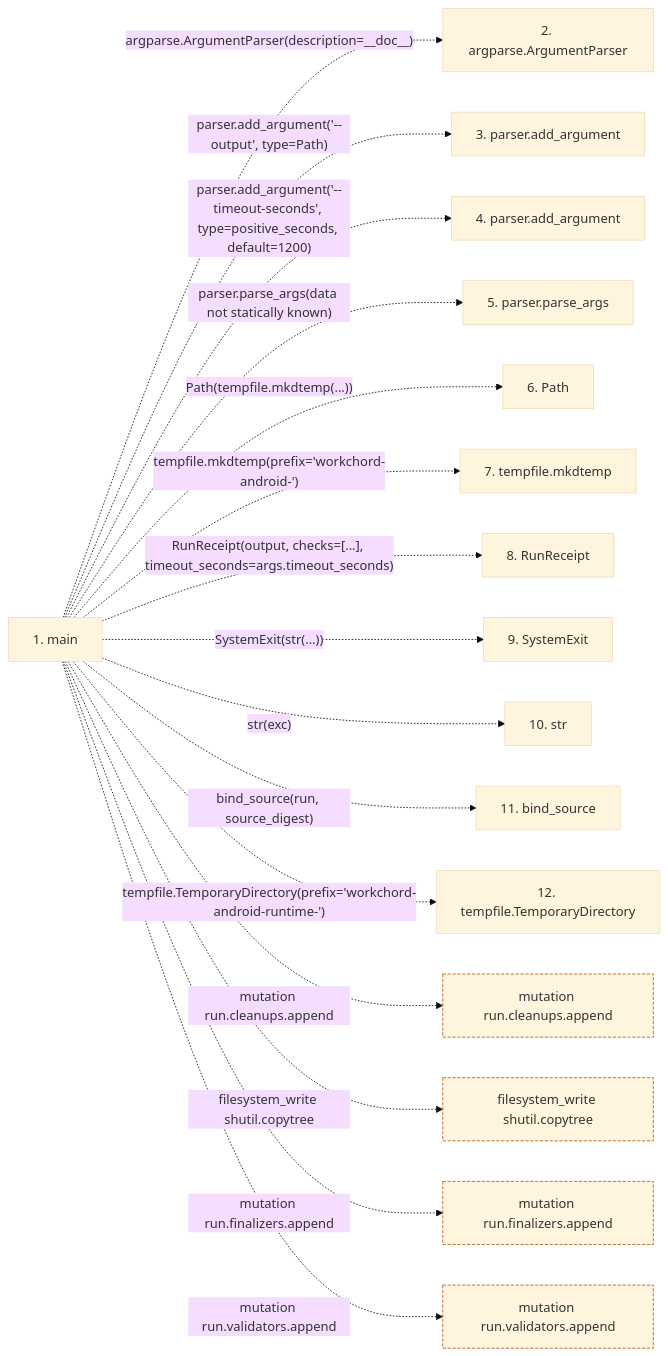
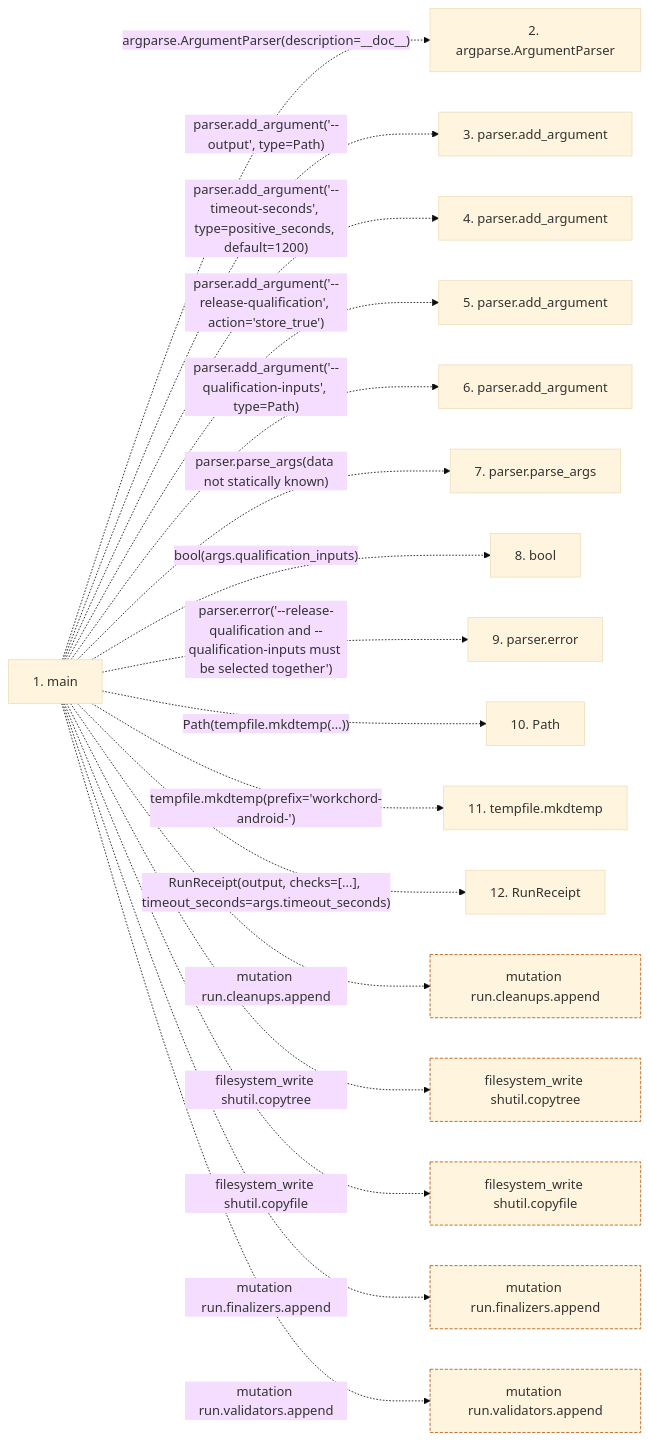
The second of 2 diagrams in docs/llm_wiki/flows/process-run_android_checks.md (Denissvgn/WorkChord), drawn with Mermaid (base theme) before and after one commit. The commit also changed other lines of this file and 10148 other files, not shown here.

````diff
--- a/docs/llm_wiki/flows/process-run_android_checks.md
+++ b/docs/llm_wiki/flows/process-run_android_checks.md
@@ -71,40 +71,43 @@
 ```mermaid
 flowchart LR
     s1["1. main"]
     s2["2. argparse.ArgumentParser"]
     s3["3. parser.add_argument"]
     s4["4. parser.add_argument"]
-    s5["5. parser.parse_args"]
-    s6["6. Path"]
-    s7["7. tempfile.mkdtemp"]
-    s8["8. RunReceipt"]
-    s9["9. SystemExit"]
-    s10["10. str"]
-    s11["11. bind_source"]
-    s12["12. tempfile.TemporaryDirectory"]
+    s5["5. parser.add_argument"]
+    s6["6. parser.add_argument"]
+    s7["7. parser.parse_args"]
+    s8["8. bool"]
+    s9["9. parser.error"]
+    s10["10. Path"]
+    s11["11. tempfile.mkdtemp"]
+    s12["12. RunReceipt"]
     s1 -. "argparse.ArgumentParser(description=__doc__)" .-> s2
     s1 -. "parser.add_argument('--output', type=Path)" .-> s3
     s1 -. "parser.add_argument('--timeout-seconds', type=positive_seconds, default=1200)" .-> s4
-    s1 -. "parser.parse_args(data not statically known)" .-> s5
-    s1 -. "Path(tempfile.mkdtemp(...))" .-> s6
-    s1 -. "tempfile.mkdtemp(prefix='workchord-android-')" .-> s7
-    s1 -. "RunReceipt(output, checks=[...], timeout_seconds=args.timeout_seconds)" .-> s8
-    s1 -. "SystemExit(str(...))" .-> s9
-    s1 -. "str(exc)" .-> s10
-    s1 -. "bind_source(run, source_digest)" .-> s11
-    s1 -. "tempfile.TemporaryDirectory(prefix='workchord-android-runtime-')" .-> s12
+    s1 -. "parser.add_argument('--release-qualification', action='store_true')" .-> s5
+    s1 -. "parser.add_argument('--qualification-inputs', type=Path)" .-> s6
+    s1 -. "parser.parse_args(data not statically known)" .-> s7
+    s1 -. "bool(args.qualification_inputs)" .-> s8
+    s1 -. "parser.error('--release-qualification and --qualification-inputs must be selected together')" .-> s9
+    s1 -. "Path(tempfile.mkdtemp(...))" .-> s10
+    s1 -. "tempfile.mkdtemp(prefix='workchord-android-')" .-> s11
+    s1 -. "RunReceipt(output, checks=[...], timeout_seconds=args.timeout_seconds)" .-> s12
     b0["mutation run.cleanups.append"]
     s1 -. "mutation run.cleanups.append" .-> b0
     b1["filesystem_write shutil.copytree"]
     s1 -. "filesystem_write shutil.copytree" .-> b1
-    b2["mutation run.finalizers.append"]
-    s1 -. "mutation run.finalizers.append" .-> b2
-    b3["mutation run.validators.append"]
-    s1 -. "mutation run.validators.append" .-> b3
+    b2["filesystem_write shutil.copyfile"]
+    s1 -. "filesystem_write shutil.copyfile" .-> b2
+    b3["mutation run.finalizers.append"]
+    s1 -. "mutation run.finalizers.append" .-> b3
+    b4["mutation run.validators.append"]
+    s1 -. "mutation run.validators.append" .-> b4
     click s1 "../modules/run_android_checks.md"
     classDef boundary stroke:#b45309,stroke-dasharray: 4 2
     class b0 boundary
     class b1 boundary
     class b2 boundary
     class b3 boundary
+    class b4 boundary
 ```
````
